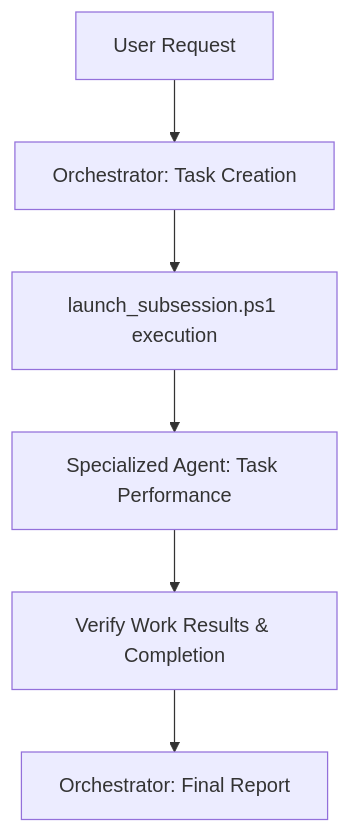
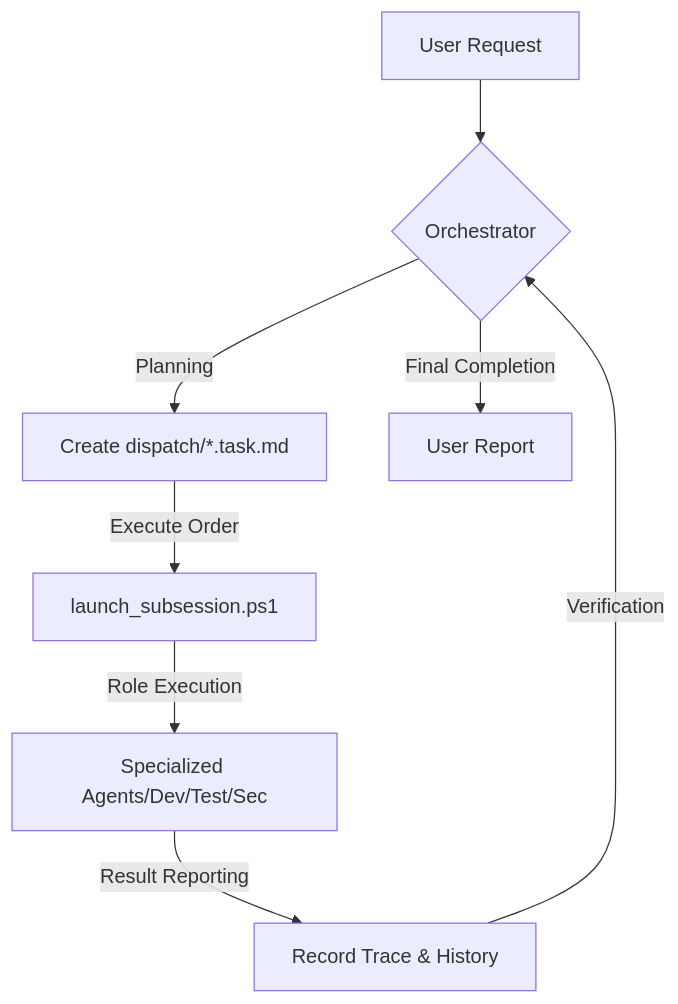
The diagram in readme_en.md (LowyShin/giip-fde-agent), drawn with Mermaid before and after one commit. The commit also changed other lines of this file and 3 other files, not shown here.

````diff
--- a/readme_en.md
+++ b/readme_en.md
@@ -137,8 +66,10 @@
 ```mermaid
 graph TD
-    A[User Request] --> B[Orchestrator: Task Creation]
-    B --> C[launch_subsession.ps1 execution]
-    C --> D[Specialized Agent: Task Performance]
-    D --> E[Verify Work Results & Completion]
-    E --> F[Orchestrator: Final Report]
+    A[User Request] --> B{Orchestrator}
+    B -- Planning --> C[Create dispatch/*.task.md]
+    C -- Execute Order --> D[launch_subsession.ps1]
+    D -- Role Execution --> E[Specialized Agents/Dev/Test/Sec]
+    E -- Result Reporting --> F[Record Trace & History]
+    F -- Verification --> B
+    B -- Final Completion --> G[User Report]
 ```
````
